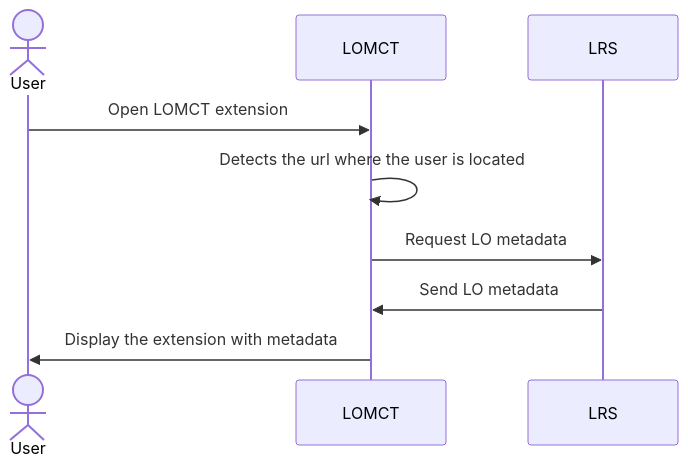
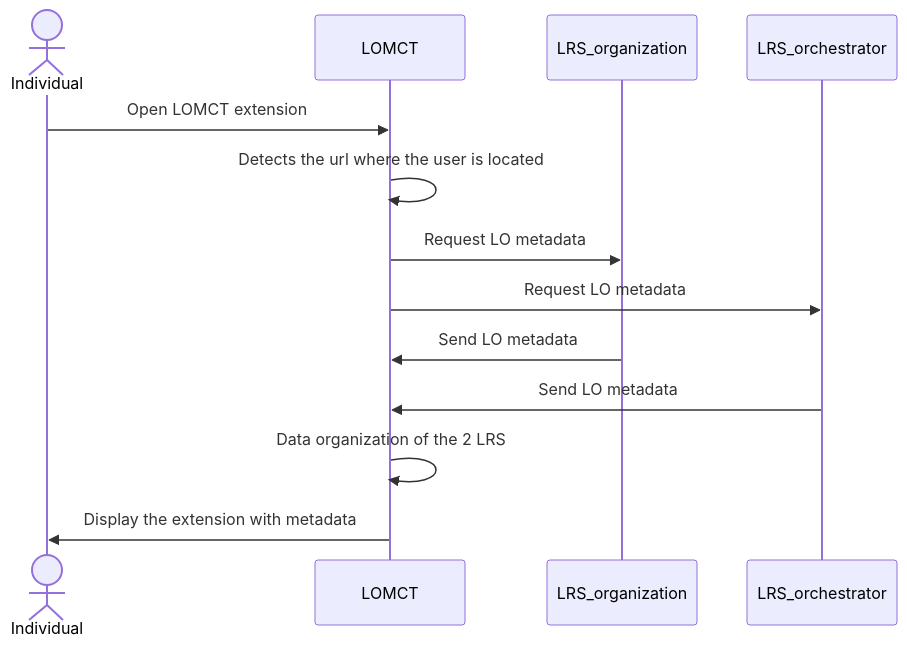
The second of 3 diagrams in docs/design-document.md (Prometheus-X-association/lomct), drawn with Mermaid before and after one commit. The commit also changed other lines of this file, not shown here.

````diff
--- a/docs/design-document.md
+++ b/docs/design-document.md
@@ -537,9 +387,12 @@
 ```mermaid
 sequenceDiagram
-   actor User as User
-   User->>LOMCT: Open LOMCT extension
+   actor Individual as Individual
+   Individual->>LOMCT: Open LOMCT extension
    LOMCT->>LOMCT: Detects the url where the user is located
-   LOMCT->>LRS: Request LO metadata
-   LRS->>LOMCT: Send LO metadata
-   LOMCT->>User: Display the extension with metadata
+   LOMCT->>LRS_organization: Request LO metadata
+   LOMCT->>LRS_orchestrator: Request LO metadata
+   LRS_organization->>LOMCT: Send LO metadata
+   LRS_orchestrator->>LOMCT: Send LO metadata
+   LOMCT->>LOMCT: Data organization of the 2 LRS
+   LOMCT->>Individual: Display the extension with metadata
 ```
````
